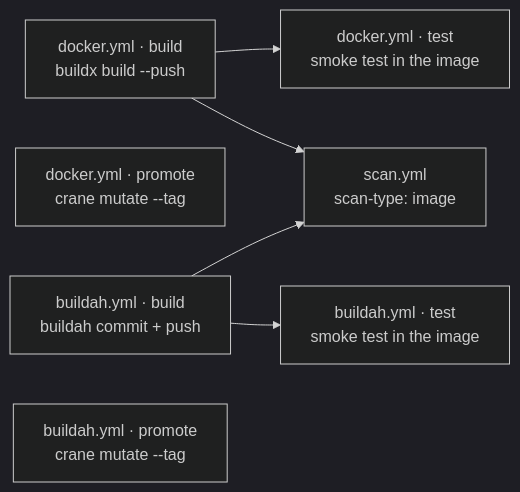
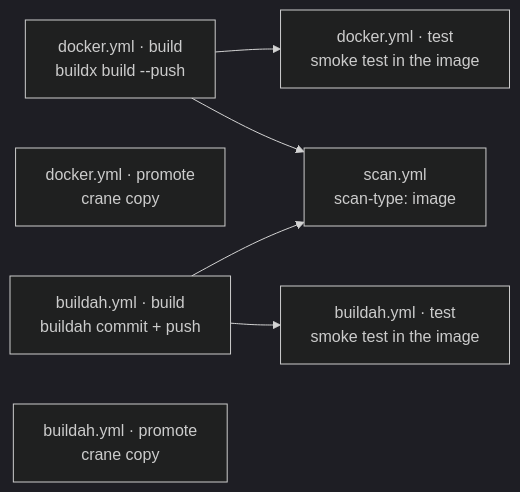
Before and after one commit to grootan-devops/github-ci-library: the diagram in docs/modules/image.md, drawn with Mermaid (dark theme). The commit also changed other lines of this file and 40 other files, not shown here.

````diff
--- a/docs/modules/image.md
+++ b/docs/modules/image.md
@@ -6,11 +6,11 @@
 ```mermaid
 flowchart LR
     IB["docker.yml · build<br/>buildx build --push"]
     IB --> IT["docker.yml · test<br/>smoke test in the image"]
     IB --> IS["scan.yml<br/>scan-type: image"]
-    IP["docker.yml · promote<br/>crane mutate --tag"]
+    IP["docker.yml · promote<br/>crane copy"]
     BB["buildah.yml · build<br/>buildah commit + push"]
     BB --> BT["buildah.yml · test<br/>smoke test in the image"]
     BB --> IS
-    BP["buildah.yml · promote<br/>crane mutate --tag"]
+    BP["buildah.yml · promote<br/>crane copy"]
 ```
````
